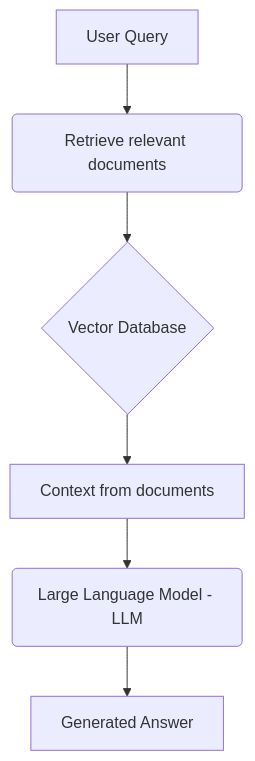
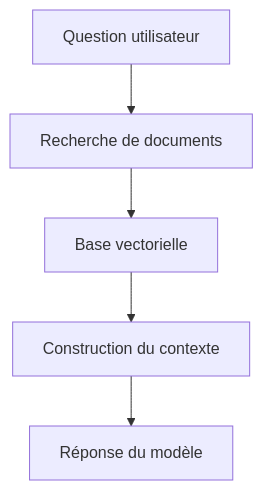
The diagram in gemini/grand_public/presentation_grand_public-pdf.md (kl-IOS/IA_Locale), drawn with Mermaid before and after one commit. The commit also changed other lines of this file and 8 other files, not shown here.

````diff
--- a/gemini/grand_public/presentation_grand_public-pdf.md
+++ b/gemini/grand_public/presentation_grand_public-pdf.md
@@ -77,8 +76,8 @@
 ```mermaid
+%%{init: {'theme': 'default', 'securityLevel': 'loose'}}%%
 graph TD
-    A[User Query] --> B(Retrieve relevant documents);
-    B --> C{Vector Database};
-    C --> D[Context from documents];
-    D --> E(Large Language Model - LLM);
-    E --> F[Generated Answer];
+  A[Question utilisateur] --> B[Recherche de documents]
+  B --> C[Base vectorielle]
+  C --> D[Construction du contexte]
+  D --> E[Réponse du modèle]
 ```
````
